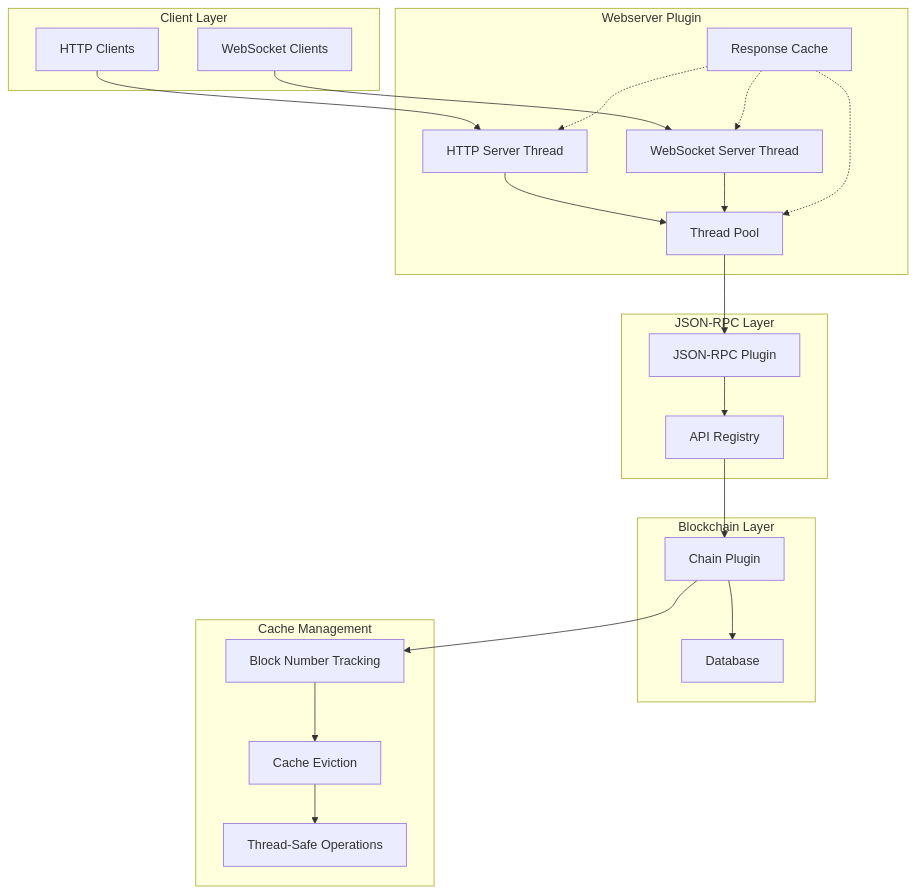
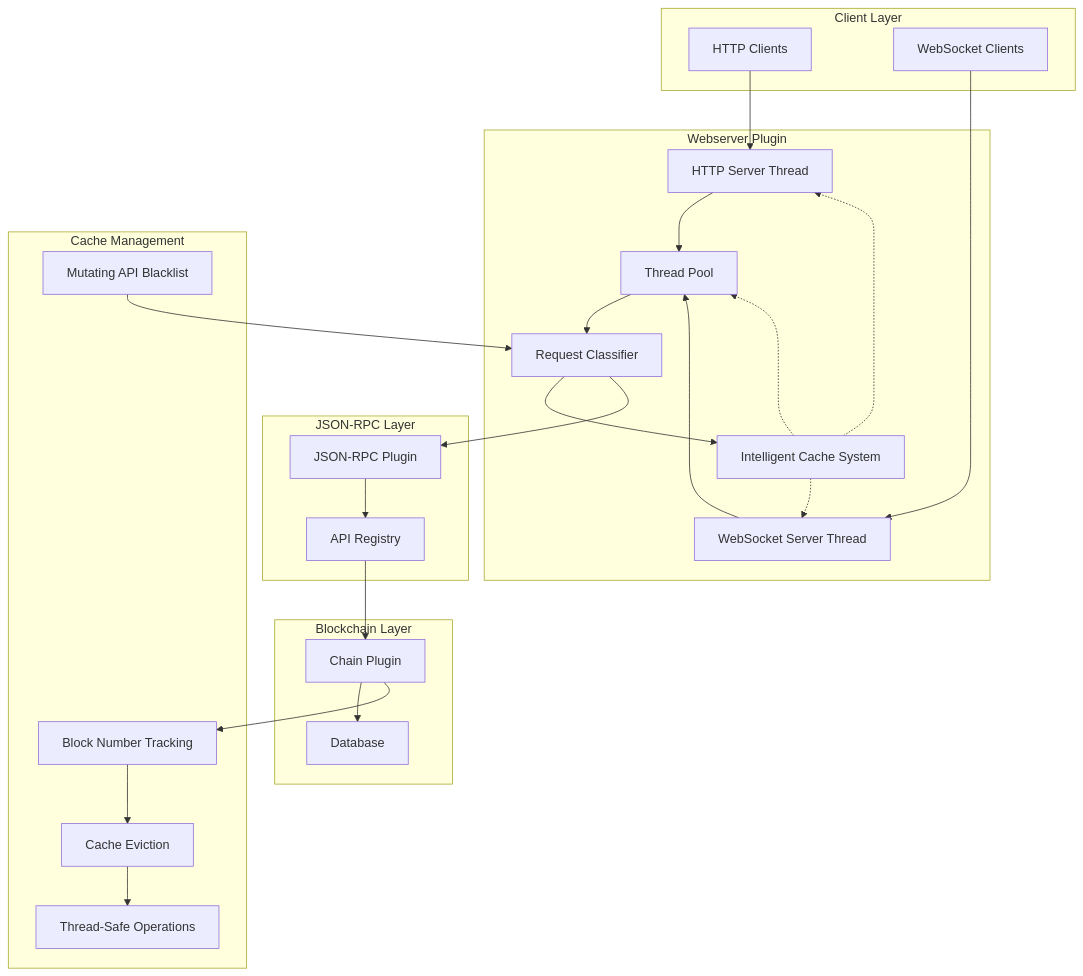
One commit to VIZ-Blockchain/viz-cpp-node changed the second of 8 diagrams in .qoder/repowiki/en/content/Webserver Plugin.md. Above: the diagram before and after it, drawn with Mermaid. The commit also changed other lines of this file and 5 other files, not shown here.

````diff
--- a/.qoder/repowiki/en/content/Webserver Plugin.md
+++ b/.qoder/repowiki/en/content/Webserver Plugin.md
@@ -95,40 +94,45 @@
 ```mermaid
 graph TB
 subgraph "Client Layer"
 A[HTTP Clients]
 B[WebSocket Clients]
 end
 subgraph "Webserver Plugin"
 C[HTTP Server Thread]
 D[WebSocket Server Thread]
 E[Thread Pool]
-F[Response Cache]
+F[Intelligent Cache System]
+G[Request Classifier]
 end
 subgraph "JSON-RPC Layer"
-G[JSON-RPC Plugin]
-H[API Registry]
+H[JSON-RPC Plugin]
+I[API Registry]
 end
 subgraph "Blockchain Layer"
-I[Chain Plugin]
-J[Database]
+J[Chain Plugin]
+K[Database]
 end
 A --> C
 B --> D
 C --> E
 D --> E
 E --> G
+G --> F
+F -.-> C
+F -.-> D
+F -.-> E
 G --> H
 H --> I
 I --> J
-F -.-> C
-F -.-> D
-F -.-> E
+J --> K
 subgraph "Cache Management"
-K[Block Number Tracking]
-L[Cache Eviction]
-M[Thread-Safe Operations]
+L[Block Number Tracking]
+M[Cache Eviction]
+N[Thread-Safe Operations]
+O[Mutating API Blacklist]
 end
-I --> K
-K --> L
+J --> L
 L --> M
+M --> N
+O --> G
 ```
````
